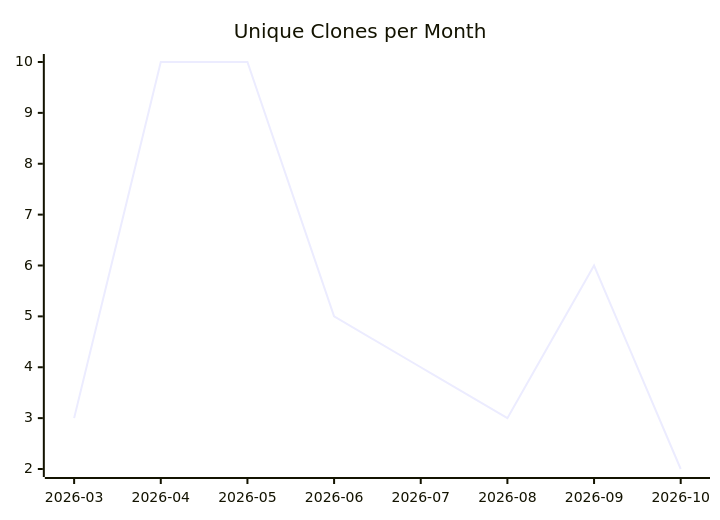
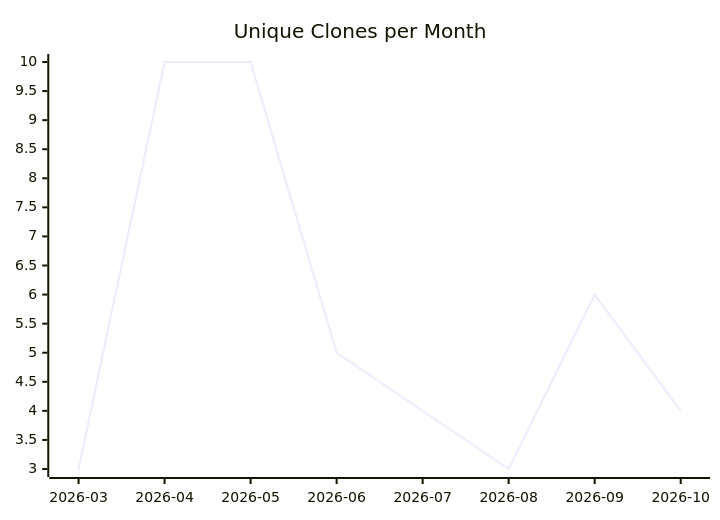
One commit to justdavis-family/github-analytics-data changed the third of 3 diagrams in karlmdavis/can-i-kayak-baltimore/README.md. Above: the diagram before and after it, drawn with Mermaid. The commit also changed other lines of this file and 200 other files, not shown here.

````diff
--- a/karlmdavis/can-i-kayak-baltimore/README.md
+++ b/karlmdavis/can-i-kayak-baltimore/README.md
@@ -19,6 +19,6 @@
 ```mermaid
 xychart-beta
   title "Unique Clones per Month"
   x-axis ["2026-03", "2026-04", "2026-05", "2026-06", "2026-07", "2026-08", "2026-09", "2026-10"]
-  line [3, 10, 10, 5, 4, 3, 6, 2]
+  line [3, 10, 10, 5, 4, 3, 6, 4]
 ```
````
